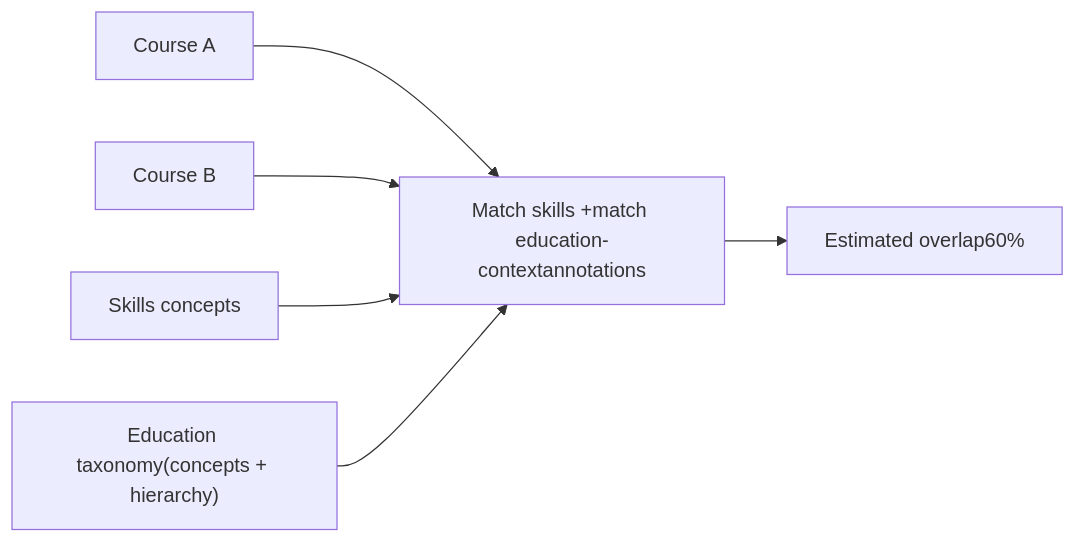
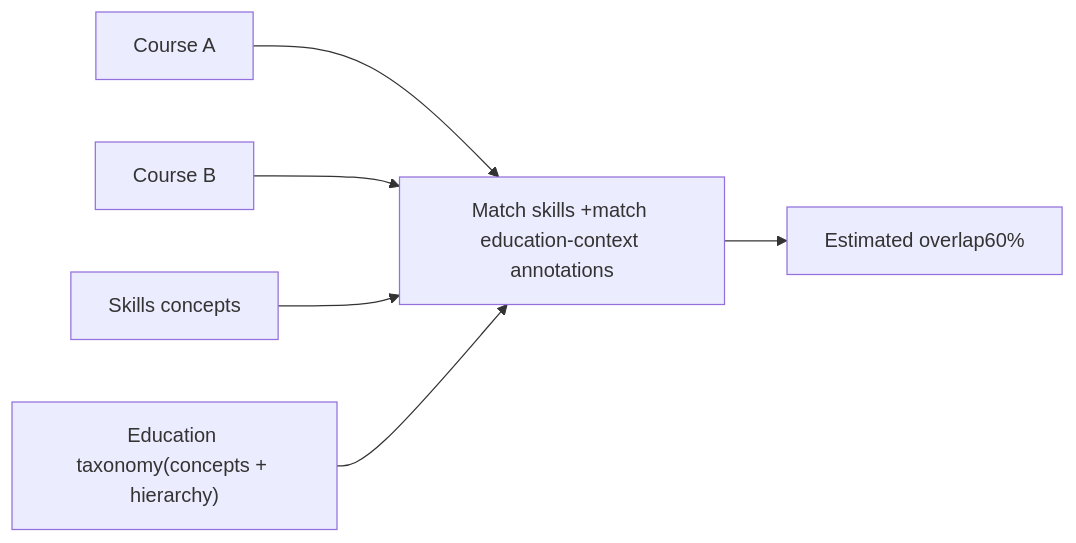
Before and after one commit to leskneebone/skills-SPARQL: diagram 15 of 18 in reports/creditTransfer.md, drawn with Mermaid. The commit also changed other lines of this file, not shown here.

````diff
--- a/reports/creditTransfer.md
+++ b/reports/creditTransfer.md
@@ -158,8 +158,8 @@
 ```mermaid
 flowchart LR
-  A["Course A"] --> M["Match skills +match education-contextannotations"]
+  A["Course A"] --> M["Match skills +match education-context annotations"]
   B["Course B"] --> M
   S["Skills concepts"] --> M
   E["Education taxonomy(concepts + hierarchy)"] --> M
   M --> O["Estimated overlap60%"]
 ```
````
